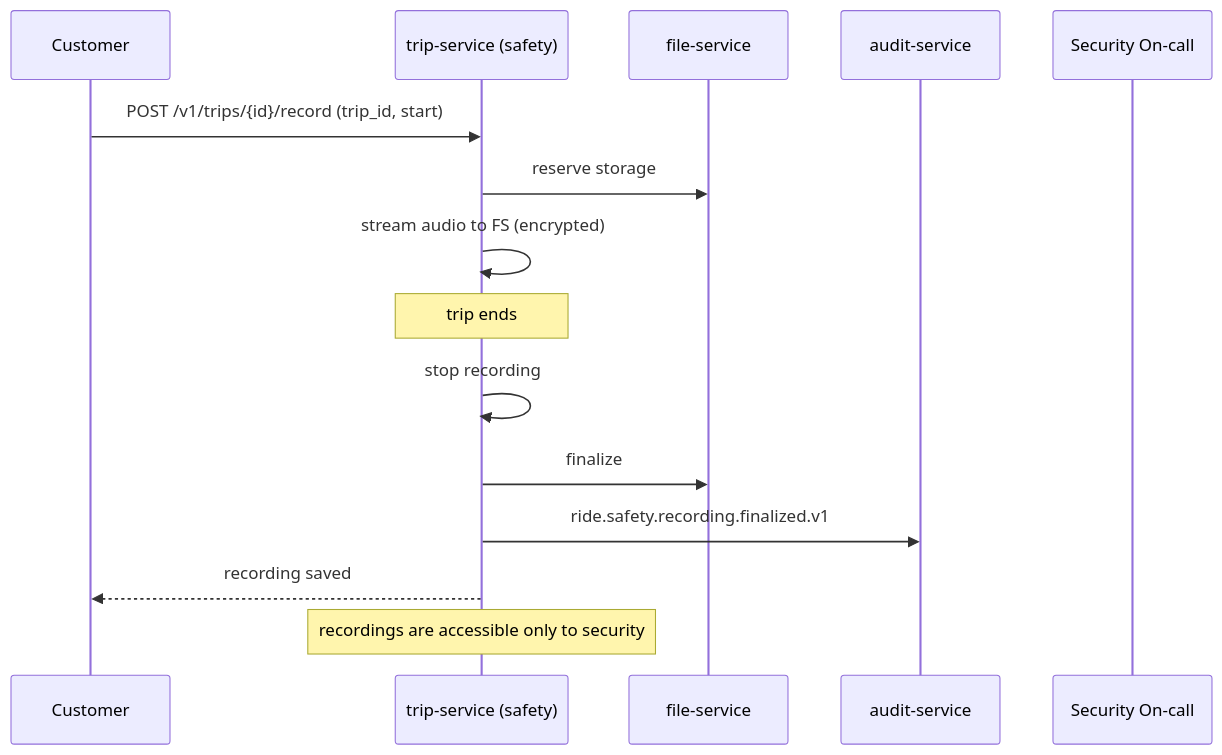
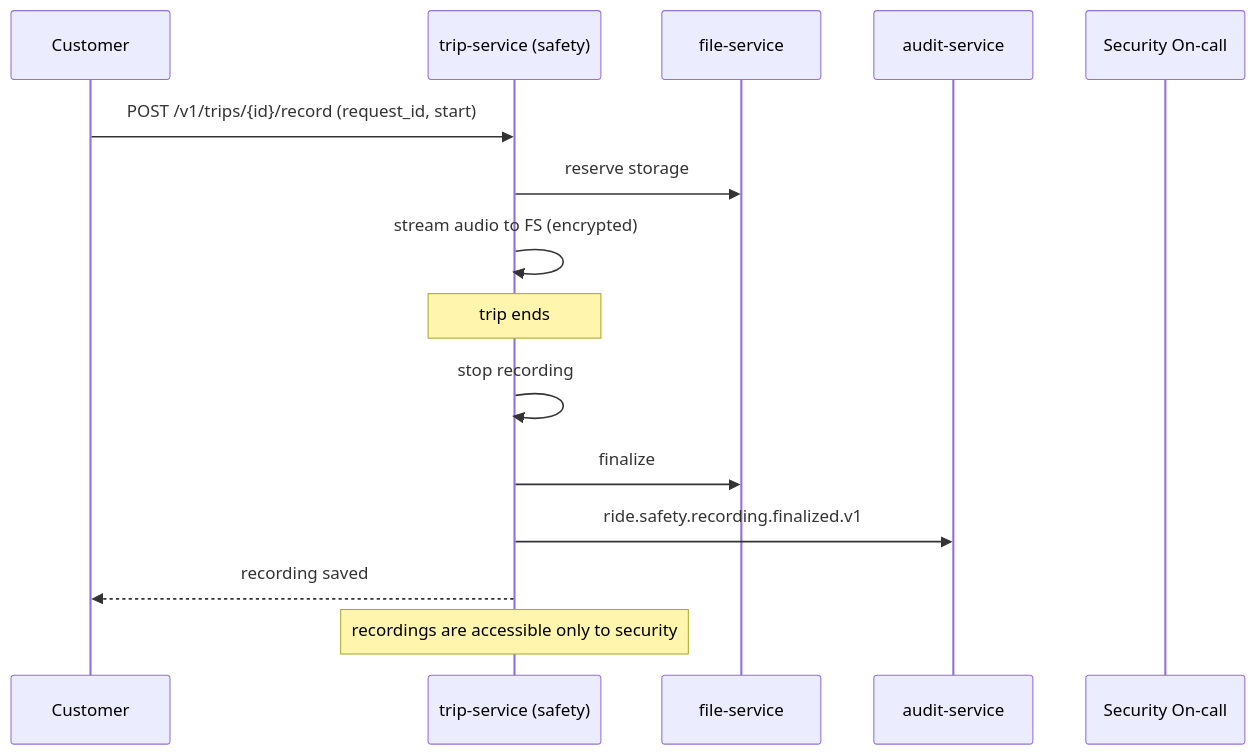
Before and after one commit to mohamedhabibwork/trips-enjoy-docs: the fourth of 10 diagrams in docs/workflows/SAFETY_WORKFLOWS.md, drawn with Mermaid. The commit also changed other lines of this file and 201 other files, not shown here.

````diff
--- a/docs/workflows/SAFETY_WORKFLOWS.md
+++ b/docs/workflows/SAFETY_WORKFLOWS.md
@@ -78,18 +87,18 @@
 ```mermaid
 sequenceDiagram
     participant C as Customer
     participant TR as trip-service (safety)
     participant FS as file-service
     participant AUD as audit-service
     participant SEC as Security On-call
 
-    C->>TR: POST /v1/trips/{id}/record (trip_id, start)
+    C->>TR: POST /v1/trips/{id}/record (request_id, start)
     TR->>FS: reserve storage
     TR->>TR: stream audio to FS (encrypted)
     Note over TR: trip ends
     TR->>TR: stop recording
     TR->>FS: finalize
     TR->>AUD: ride.safety.recording.finalized.v1
     TR-->>C: recording saved
     Note over TR: recordings are accessible only to security
 ```
````
